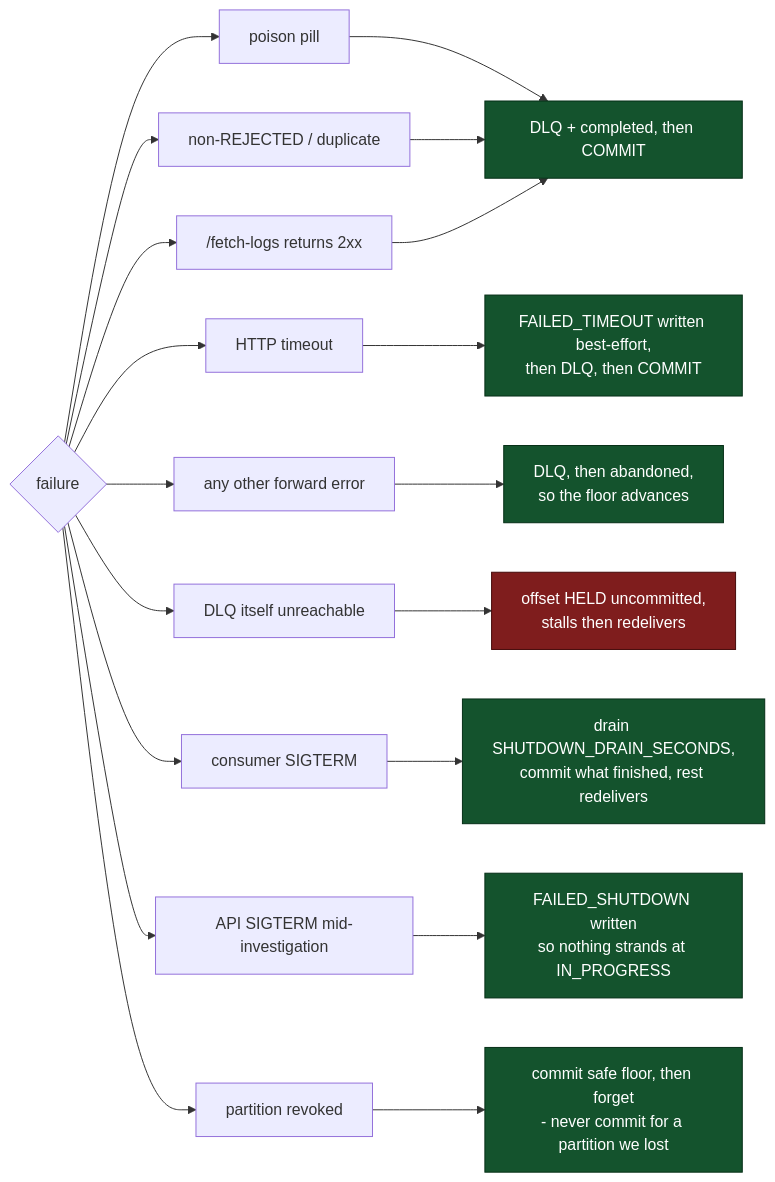
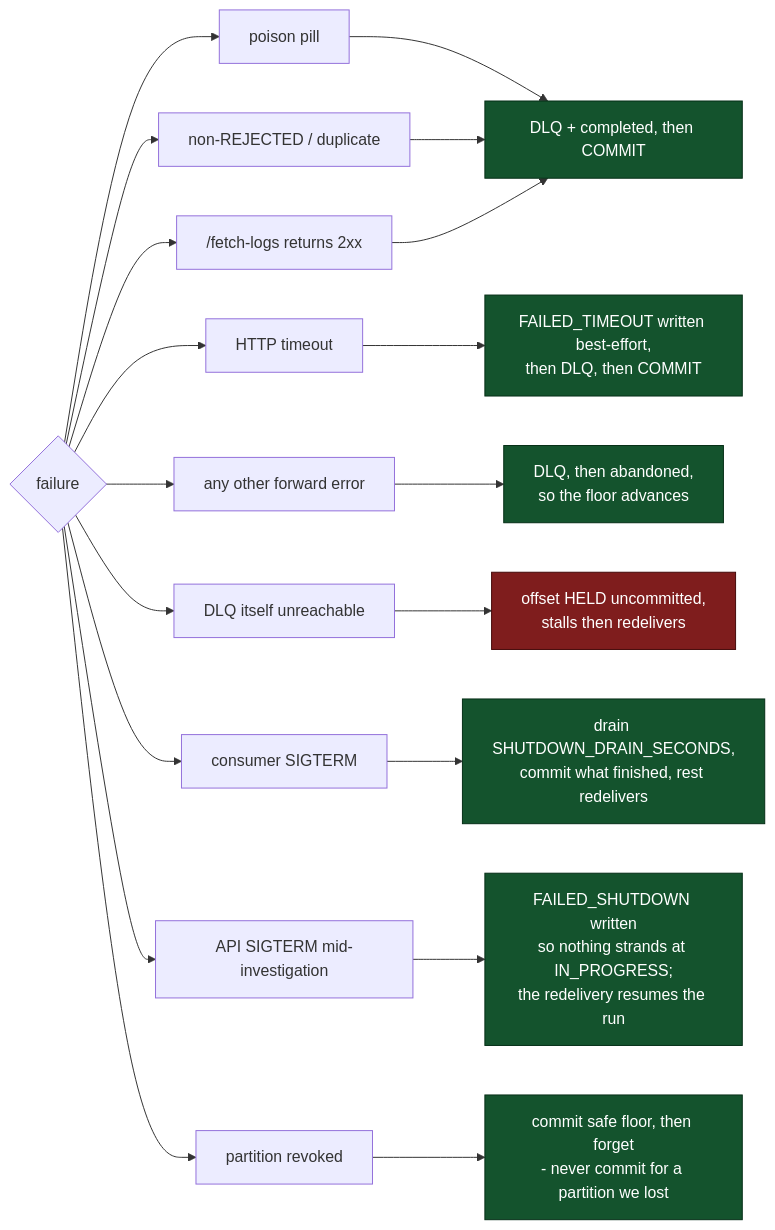
Before and after one commit to GuruSrikanth10/agentic-resident-crm: the seventh of 7 diagrams in ARCHITECTURE.md, drawn with Mermaid. The commit also changed other lines of this file and 14 other files, not shown here.

````diff
--- a/ARCHITECTURE.md
+++ b/ARCHITECTURE.md
@@ -632,19 +654,19 @@
 ```mermaid
 flowchart LR
     classDef good fill:#14532d,stroke:#052e16,color:#ffffff
     classDef warn fill:#78350f,stroke:#451a03,color:#ffffff
     classDef bad fill:#7f1d1d,stroke:#450a0a,color:#ffffff
 
     F{"failure"} --> A["poison pill"] --> C1["DLQ + completed, then COMMIT"]
     F --> B["non-REJECTED / duplicate"] --> C1
     F --> C["/fetch-logs returns 2xx"] --> C1
     F --> D["HTTP timeout"] --> D1["FAILED_TIMEOUT written best-effort,<br/>then DLQ, then COMMIT"]
     F --> E["any other forward error"] --> E1["DLQ, then abandoned,<br/>so the floor advances"]
     F --> G["DLQ itself unreachable"] --> G1["offset HELD uncommitted,<br/>stalls then redelivers"]
     F --> H["consumer SIGTERM"] --> H1["drain SHUTDOWN_DRAIN_SECONDS,<br/>commit what finished, rest redelivers"]
-    F --> I["API SIGTERM mid-investigation"] --> I1["FAILED_SHUTDOWN written<br/>so nothing strands at IN_PROGRESS"]
+    F --> I["API SIGTERM mid-investigation"] --> I1["FAILED_SHUTDOWN written<br/>so nothing strands at IN_PROGRESS;<br/>the redelivery resumes the run"]
     F --> J["partition revoked"] --> J1["commit safe floor, then forget<br/>- never commit for a partition we lost"]
 
     class C1,D1,E1,H1,I1,J1 good
     class G1 bad
 ```
````
